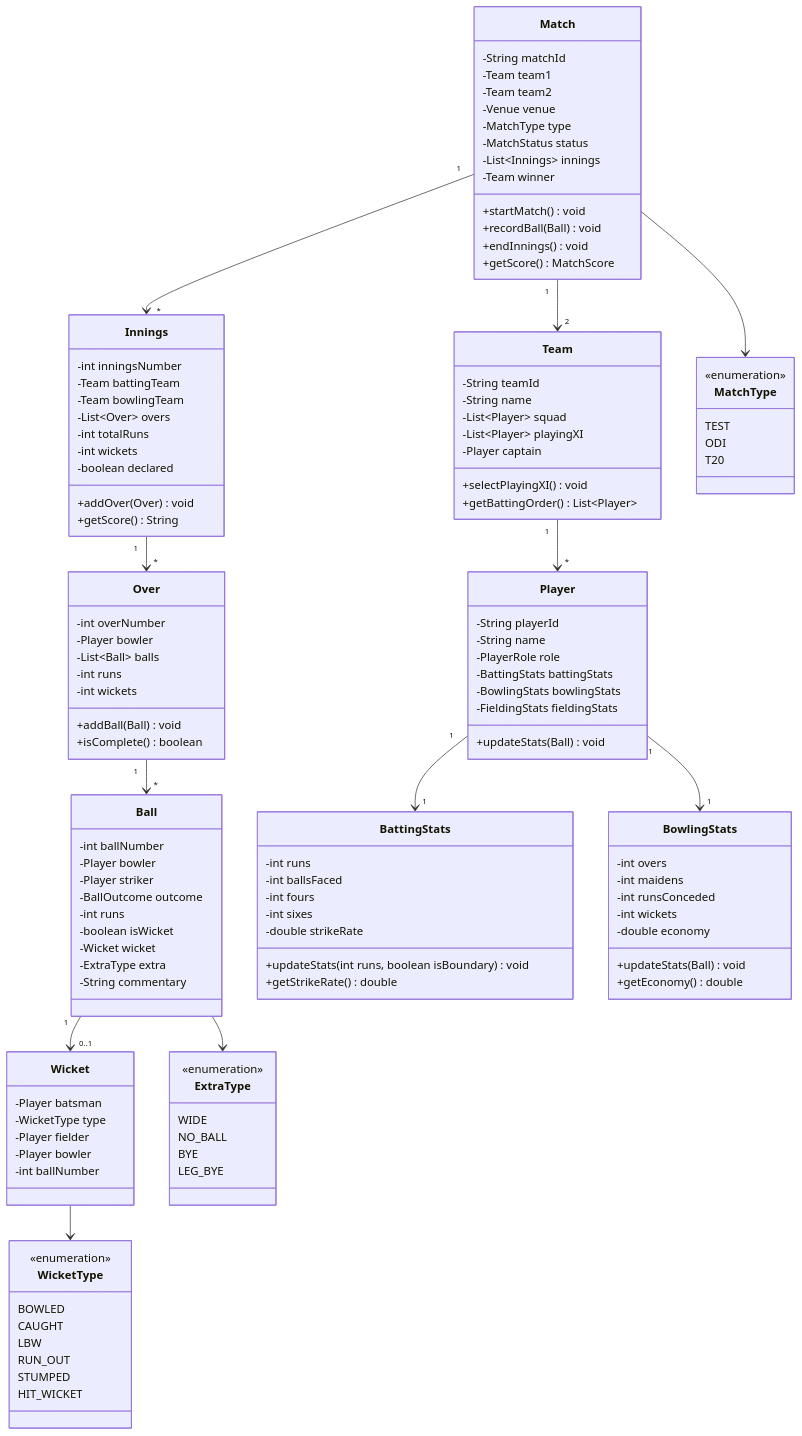
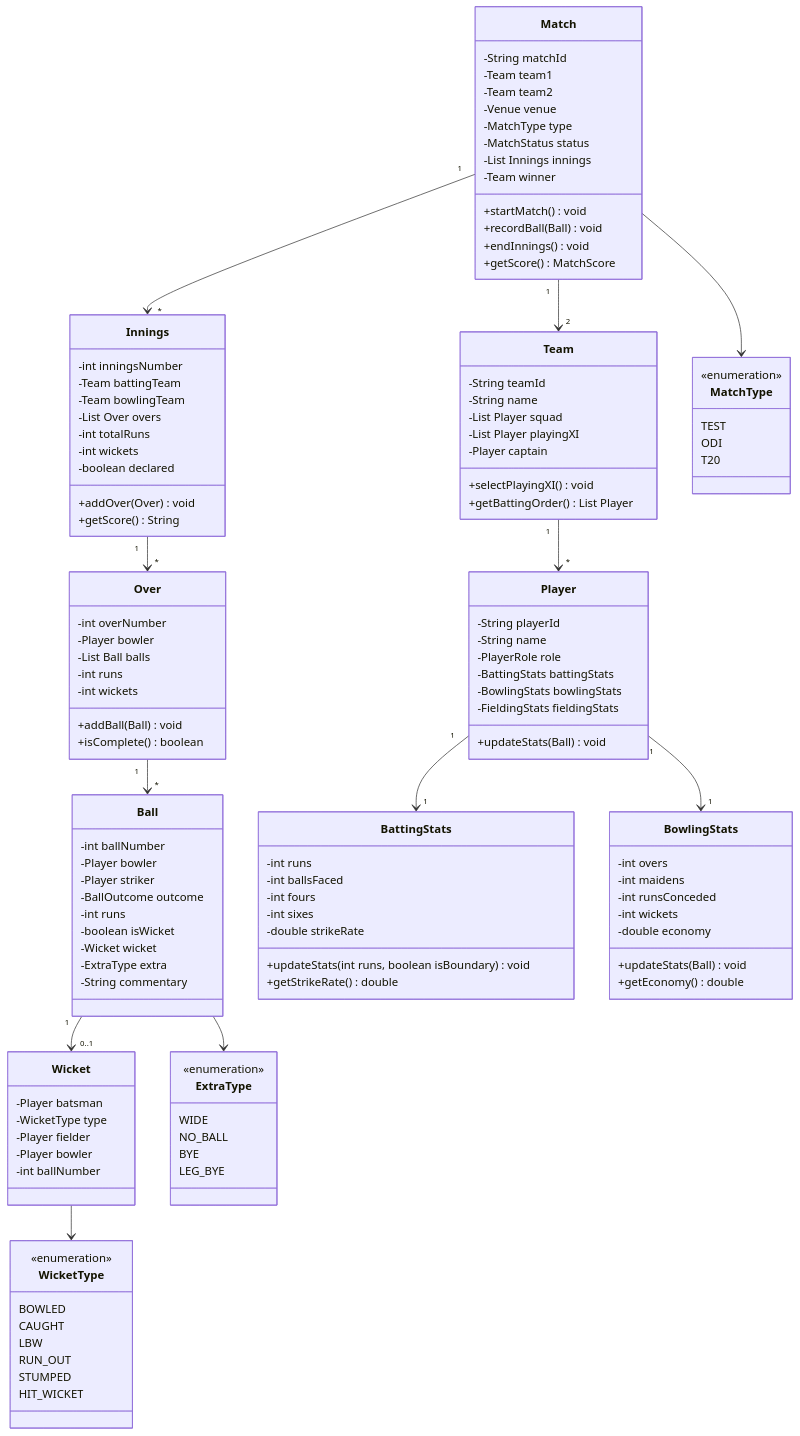
Before and after one commit to dlkr18/lld-playbook: the diagram in docs/problems/cricinfo/README.md, drawn with Mermaid. The commit also changed 26 other files, not shown here.

First line of the commit message:
Fix Mermaid v10 syntax errors in class diagrams.

```diff
--- a/docs/problems/cricinfo/README.md
+++ b/docs/problems/cricinfo/README.md
@@ -124,7 +124,7 @@
         -Venue venue
         -MatchType type
         -MatchStatus status
-        -List~Innings~ innings
+        -List Innings innings
         -Team winner
         +startMatch() void
         +recordBall(Ball) void
@@ -135,11 +135,11 @@
     class Team {
         -String teamId
         -String name
-        -List~Player~ squad
-        -List~Player~ playingXI
+        -List Player squad
+        -List Player playingXI
         -Player captain
         +selectPlayingXI() void
-        +getBattingOrder() List~Player~
+        +getBattingOrder() List Player
     }
 
     class Player {
@@ -156,7 +156,7 @@
         -int inningsNumber
         -Team battingTeam
         -Team bowlingTeam
-        -List~Over~ overs
+        -List Over overs
         -int totalRuns
         -int wickets
         -boolean declared
@@ -167,7 +167,7 @@
     class Over {
         -int overNumber
         -Player bowler
-        -List~Ball~ balls
+        -List Ball balls
         -int runs
         -int wickets
         +addBall(Ball) void
```
